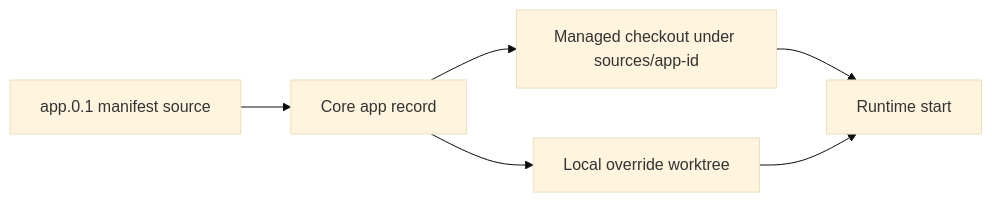
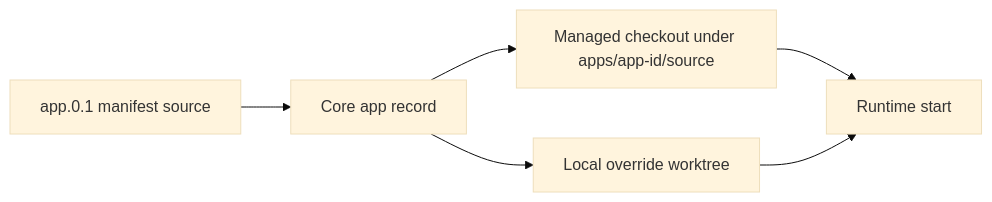
One commit to alex-de-haas/docker-host changed the diagram in docs/features/runtime-source-workflows.md. Above: the diagram before and after it, drawn with Mermaid (base theme). The commit also changed other lines of this file and 13 other files, not shown here.

First line of the commit message:
feat(core): move managed source checkouts into the app root (#264)

````diff
--- a/docs/features/runtime-source-workflows.md
+++ b/docs/features/runtime-source-workflows.md
@@ -5,8 +5,8 @@
 ```mermaid
 flowchart LR
   A["app.0.1 manifest source"] --> B["Core app record"]
-  B --> C["Managed checkout under sources/app-id"]
+  B --> C["Managed checkout under apps/app-id/source"]
   B --> D["Local override worktree"]
   C --> E["Runtime start"]
   D --> E
 ```
````
